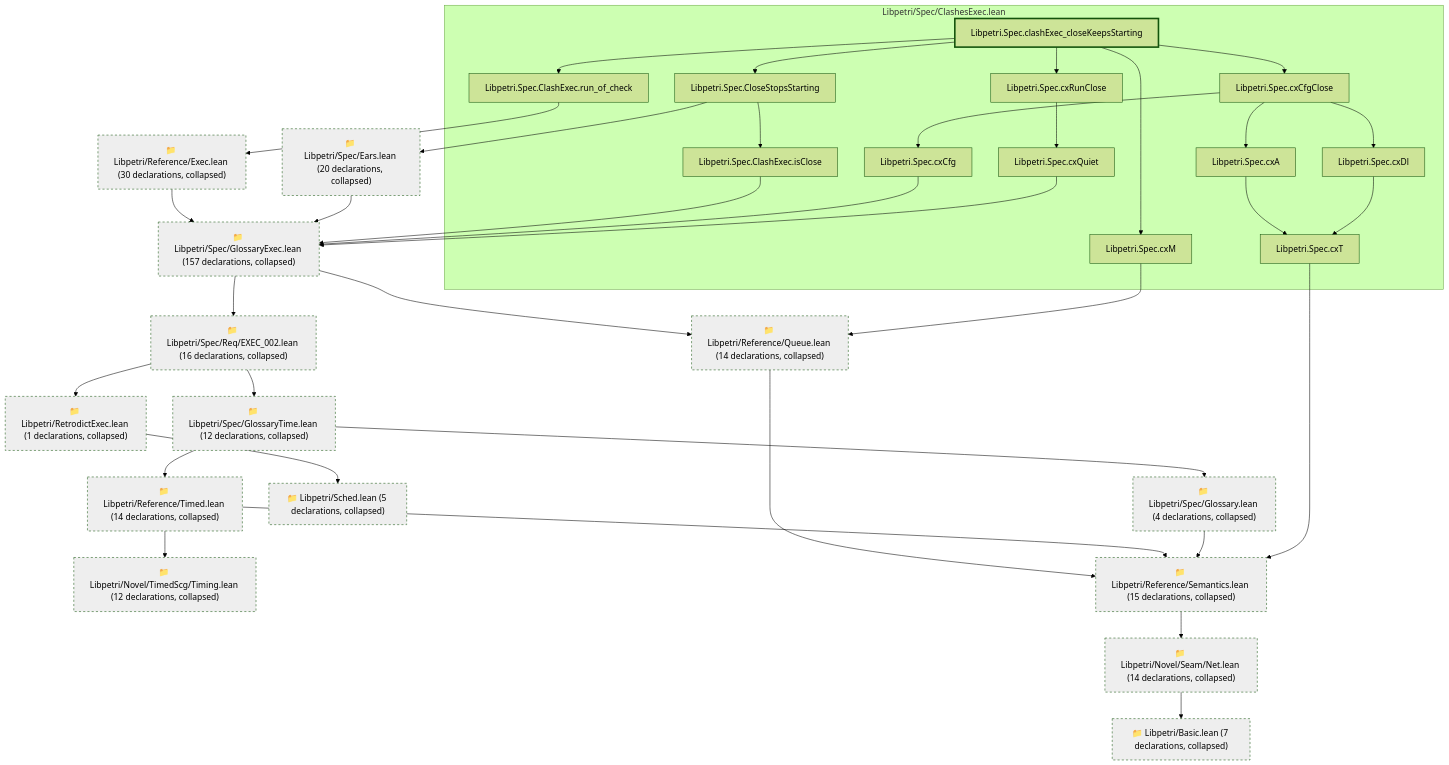
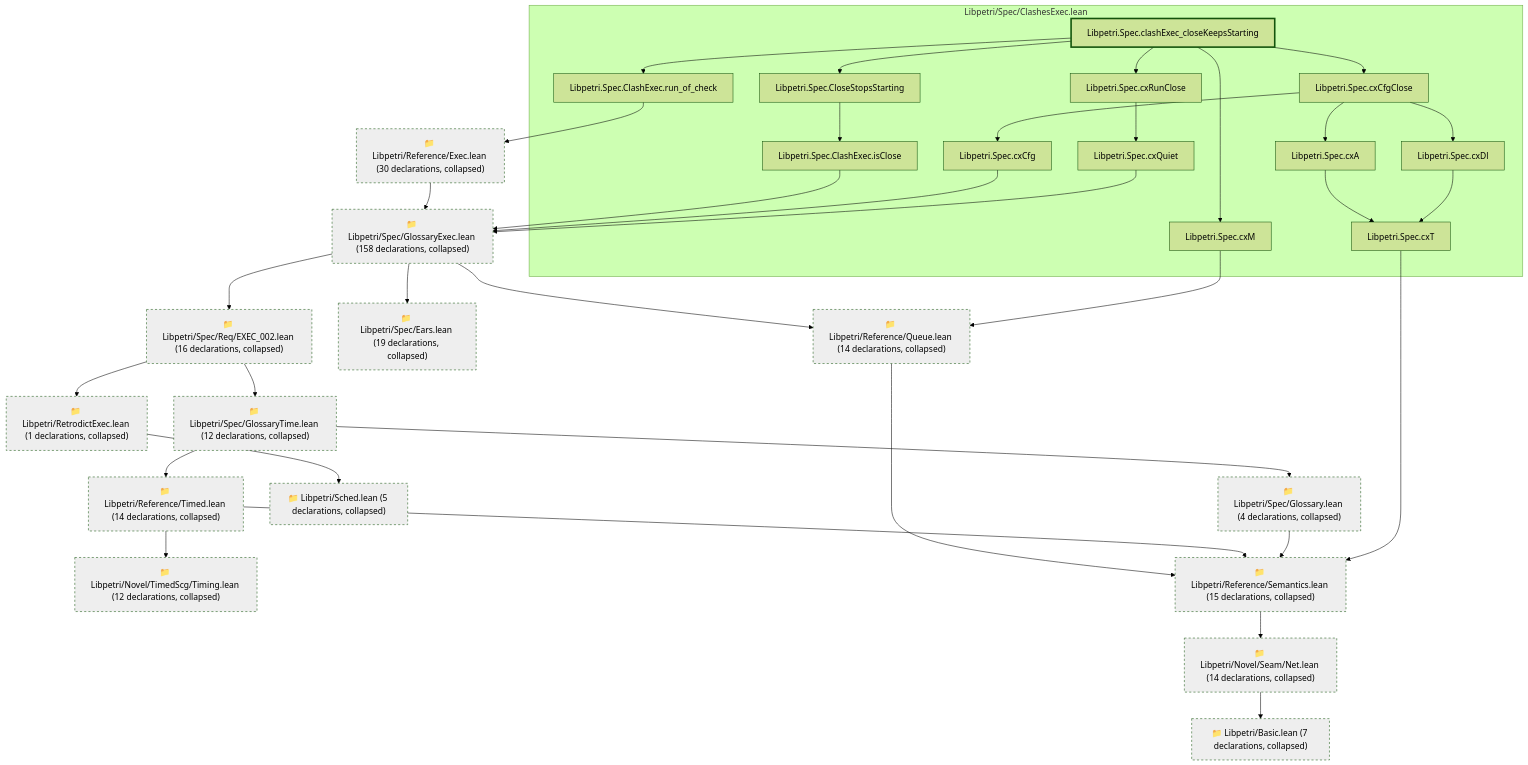
Before and after one commit to debe/libpetri: the diagram in lean/graph/requirements/ENV-013.md, drawn with Mermaid (forest theme). The commit also changed 244 other files, not shown here.

First line of the commit message:
feat(site): Lean-checked spec site and libpetri.org landing page

````diff
--- a/lean/graph/requirements/ENV-013.md
+++ b/lean/graph/requirements/ENV-013.md
@@ -13,70 +13,69 @@
 ```mermaid
 flowchart TD
   subgraph g0["Libpetri/Spec/ClashesExec.lean"]
     n4858["Libpetri.Spec.ClashExec.isClose"]
     n4860["Libpetri.Spec.ClashExec.run_of_check"]
     n4870["Libpetri.Spec.CloseStopsStarting"]
-    n7678["Libpetri.Spec.clashExec_closeKeepsStarting"]
-    n9142["Libpetri.Spec.cxA"]
-    n9144["Libpetri.Spec.cxCfg"]
-    n9145["Libpetri.Spec.cxCfgClose"]
-    n9150["Libpetri.Spec.cxDl"]
-    n9152["Libpetri.Spec.cxM"]
-    n9154["Libpetri.Spec.cxQuiet"]
-    n9155["Libpetri.Spec.cxRunClose"]
-    n9164["Libpetri.Spec.cxT"]
+    n7679["Libpetri.Spec.clashExec_closeKeepsStarting"]
+    n9143["Libpetri.Spec.cxA"]
+    n9145["Libpetri.Spec.cxCfg"]
+    n9146["Libpetri.Spec.cxCfgClose"]
+    n9151["Libpetri.Spec.cxDl"]
+    n9153["Libpetri.Spec.cxM"]
+    n9155["Libpetri.Spec.cxQuiet"]
+    n9156["Libpetri.Spec.cxRunClose"]
+    n9165["Libpetri.Spec.cxT"]
   end
   c0["📁 Libpetri/Basic.lean (7 declarations, collapsed)"]
   c54["📁 Libpetri/Novel/Seam/Net.lean (14 declarations, collapsed)"]
   c66["📁 Libpetri/Novel/TimedScg/Timing.lean (12 declarations, collapsed)"]
   c74["📁 Libpetri/Reference/Exec.lean (30 declarations, collapsed)"]
   c80["📁 Libpetri/Reference/Queue.lean (14 declarations, collapsed)"]
   c83["📁 Libpetri/Reference/Semantics.lean (15 declarations, collapsed)"]
   c87["📁 Libpetri/Reference/Timed.lean (14 declarations, collapsed)"]
   c92["📁 Libpetri/RetrodictExec.lean (1 declarations, collapsed)"]
   c98["📁 Libpetri/Sched.lean (5 declarations, collapsed)"]
-  c114["📁 Libpetri/Spec/Ears.lean (20 declarations, collapsed)"]
+  c114["📁 Libpetri/Spec/Ears.lean (19 declarations, collapsed)"]
   c115["📁 Libpetri/Spec/Glossary.lean (4 declarations, collapsed)"]
-  c120["📁 Libpetri/Spec/GlossaryExec.lean (157 declarations, collapsed)"]
+  c120["📁 Libpetri/Spec/GlossaryExec.lean (158 declarations, collapsed)"]
   c126["📁 Libpetri/Spec/GlossaryTime.lean (12 declarations, collapsed)"]
   c194["📁 Libpetri/Spec/Req/EXEC_002.lean (16 declarations, collapsed)"]
   c54 --> c0
   c74 --> c120
   c80 --> c83
   c83 --> c54
   c87 --> c66
   c87 --> c83
   c92 --> c98
-  c114 --> c120
   c115 --> c83
   c120 --> c80
+  c120 --> c114
   c120 --> c194
   c126 --> c87
   c126 --> c115
   c194 --> c92
   c194 --> c126
   n4858 --> c120
   n4860 --> c74
-  n4870 --> c114
   n4870 --> n4858
-  n7678 --> n4860
-  n7678 --> n4870
-  n7678 --> n9145
-  n7678 --> n9152
-  n7678 --> n9155
-  n9142 --> n9164
-  n9144 --> c120
-  n9145 --> n9142
-  n9145 --> n9144
-  n9145 --> n9150
-  n9150 --> n9164
-  n9152 --> c80
-  n9154 --> c120
-  n9155 --> n9154
-  n9164 --> c83
+  n7679 --> n4860
+  n7679 --> n4870
+  n7679 --> n9146
+  n7679 --> n9153
+  n7679 --> n9156
+  n9143 --> n9165
+  n9145 --> c120
+  n9146 --> n9143
+  n9146 --> n9145
+  n9146 --> n9151
+  n9151 --> n9165
+  n9153 --> c80
+  n9155 --> c120
+  n9156 --> n9155
+  n9165 --> c83
   classDef root stroke-width:3px
   classDef locked fill:#fff3cd,stroke:#b8860b
   classDef collapsed fill:#eeeeee,stroke-dasharray:4 4
-  class n7678 root
+  class n7679 root
   class c0,c54,c66,c74,c80,c83,c87,c92,c98,c114,c115,c120,c126,c194 collapsed
 ```
````
